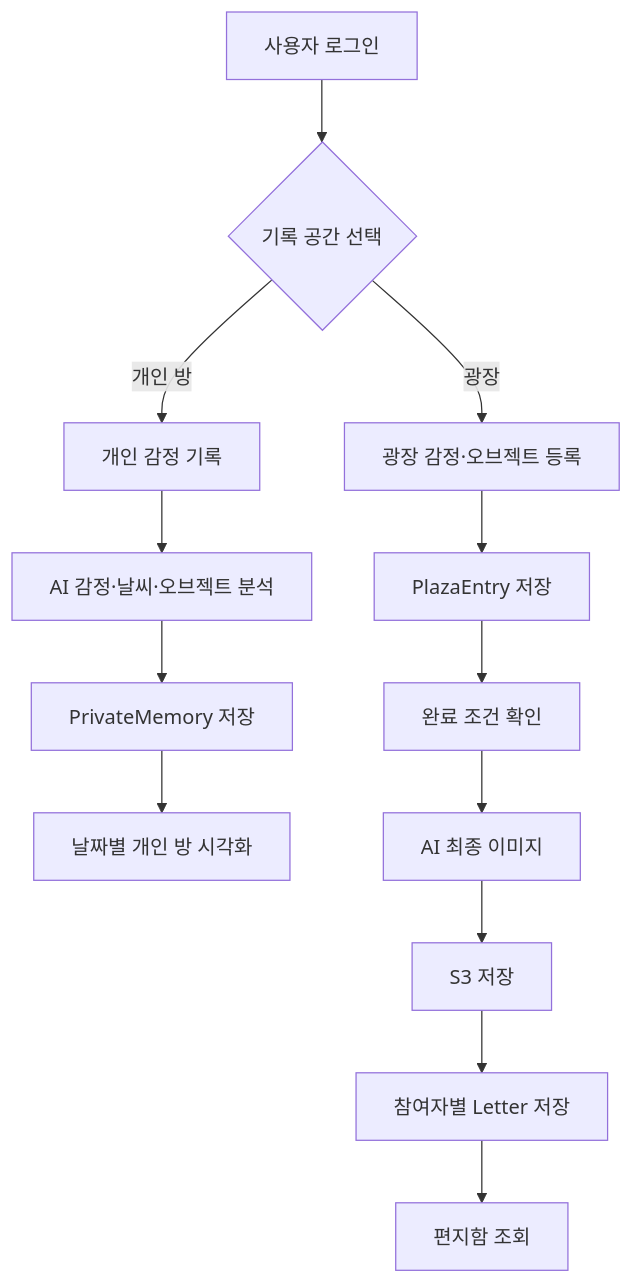
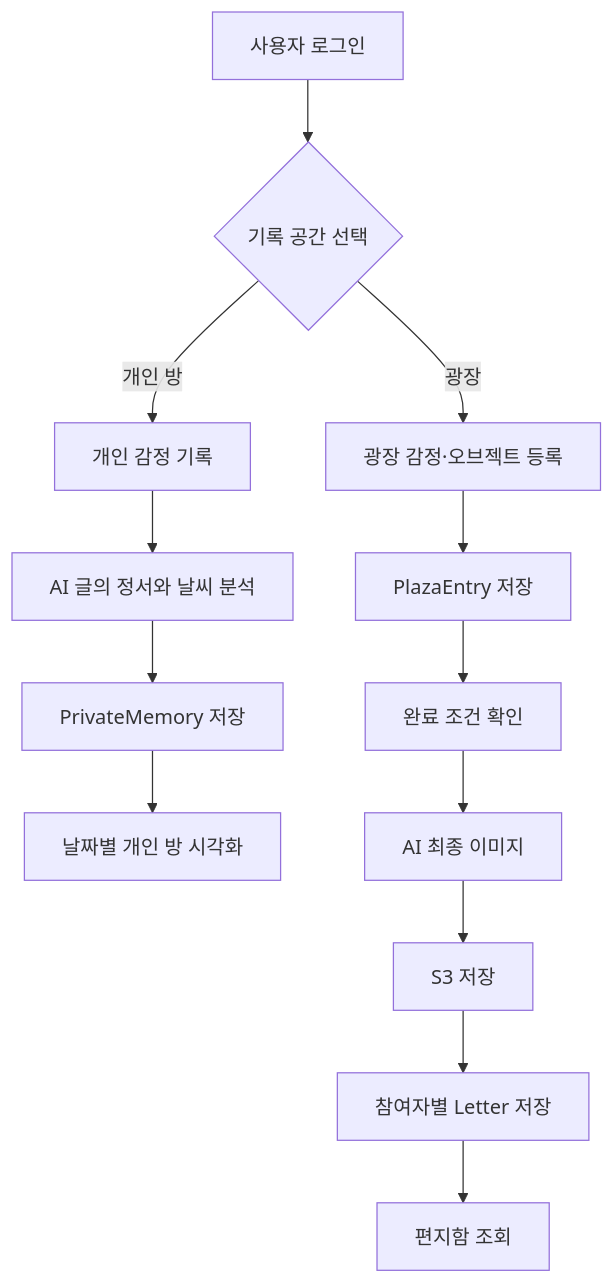
One commit to junyeong2107/weather-of-the-heart-portfolio changed the second of 9 diagrams in docs/ARCHITECTURE.md. Above: the diagram before and after it, drawn with Mermaid. The commit also changed other lines of this file and 5 other files, not shown here.

````diff
--- a/docs/ARCHITECTURE.md
+++ b/docs/ARCHITECTURE.md
@@ -59,17 +60,17 @@
 ```mermaid
 flowchart TB
     Login["사용자 로그인"] --> Choice{"기록 공간 선택"}
 
     Choice -->|"개인 방"| PrivateInput["개인 감정 기록"]
-    PrivateInput --> Analyze["AI 감정·날씨·오브젝트 분석"]
+    PrivateInput --> Analyze["AI 글의 정서와 날씨 분석"]
     Analyze --> PrivateMemory["PrivateMemory 저장"]
     PrivateMemory --> PrivateRoom["날짜별 개인 방 시각화"]
 
     Choice -->|"광장"| PlazaInput["광장 감정·오브젝트 등록"]
     PlazaInput --> PlazaEntry["PlazaEntry 저장"]
     PlazaEntry --> CompletionCheck["완료 조건 확인"]
     CompletionCheck --> FinalImage["AI 최종 이미지"]
     FinalImage --> ImageStorage["S3 저장"]
     ImageStorage --> Letters["참여자별 Letter 저장"]
     Letters --> Mailbox["편지함 조회"]
 ```
````
